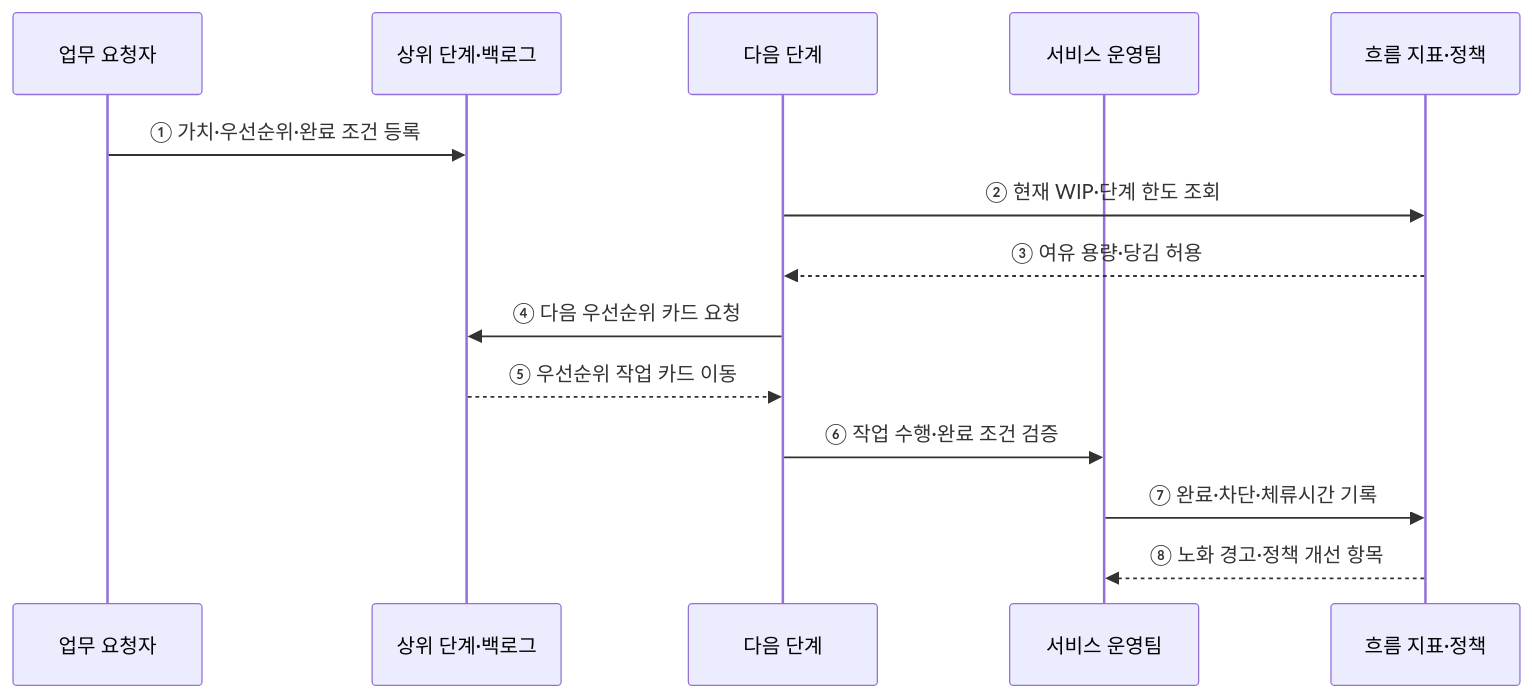
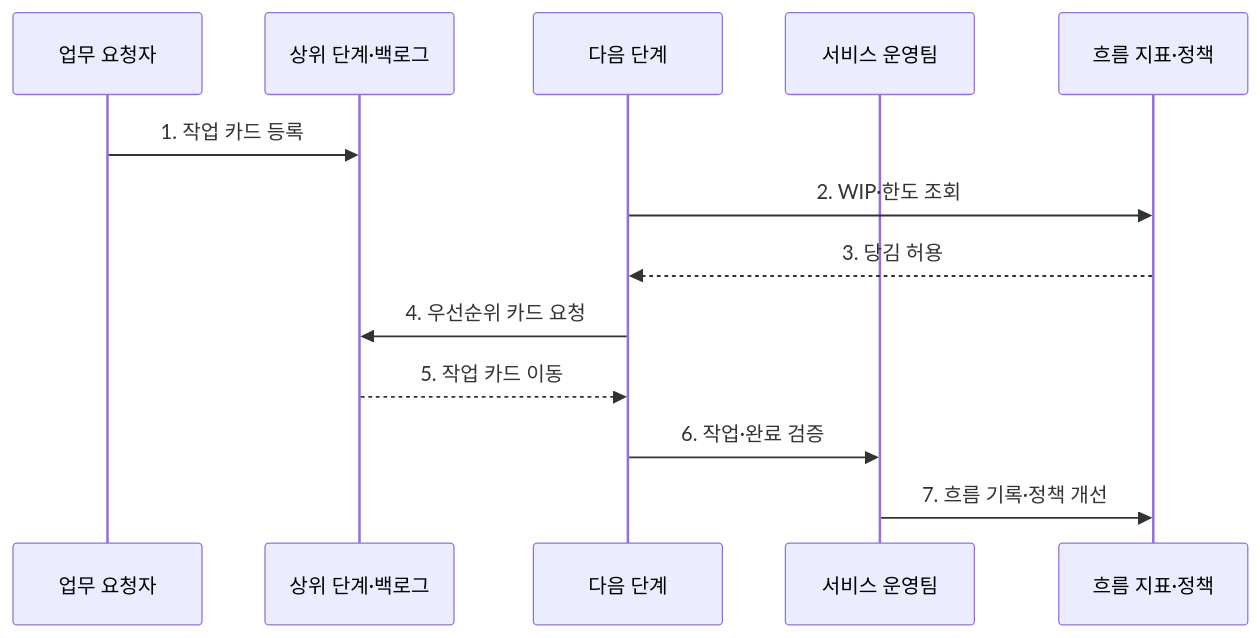
Before and after one commit to agnusdei1207/knowledge-base: the second of 2 diagrams in src/content/docs/notes/03-software/035_kanban.md, drawn with Mermaid. The commit also changed other lines of this file and 20 other files, not shown here.

````diff
--- a/src/content/docs/notes/03-software/035_kanban.md
+++ b/src/content/docs/notes/03-software/035_kanban.md
@@ -84,16 +84,15 @@
 ```mermaid
 sequenceDiagram
     participant U as 업무 요청자
     participant Q as 상위 단계·백로그
     participant N as 다음 단계
     participant T as 서비스 운영팀
     participant M as 흐름 지표·정책
-    U->>Q: ① 가치·우선순위·완료 조건 등록
-    N->>M: ② 현재 WIP·단계 한도 조회
-    M-->>N: ③ 여유 용량·당김 허용
-    N->>Q: ④ 다음 우선순위 카드 요청
-    Q-->>N: ⑤ 우선순위 작업 카드 이동
-    N->>T: ⑥ 작업 수행·완료 조건 검증
-    T->>M: ⑦ 완료·차단·체류시간 기록
-    M-->>T: ⑧ 노화 경고·정책 개선 항목
+    U->>Q: 1. 작업 카드 등록
+    N->>M: 2. WIP·한도 조회
+    M-->>N: 3. 당김 허용
+    N->>Q: 4. 우선순위 카드 요청
+    Q-->>N: 5. 작업 카드 이동
+    N->>T: 6. 작업·완료 검증
+    T->>M: 7. 흐름 기록·정책 개선
 ```
````
